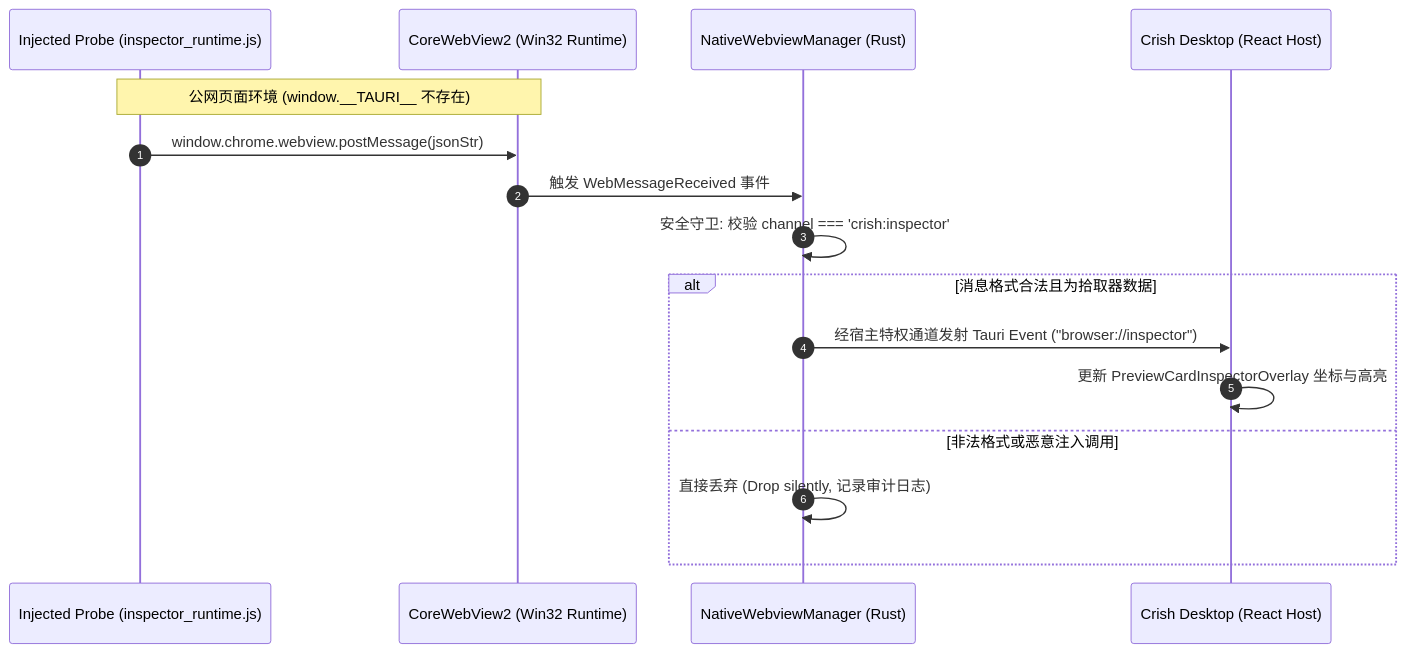
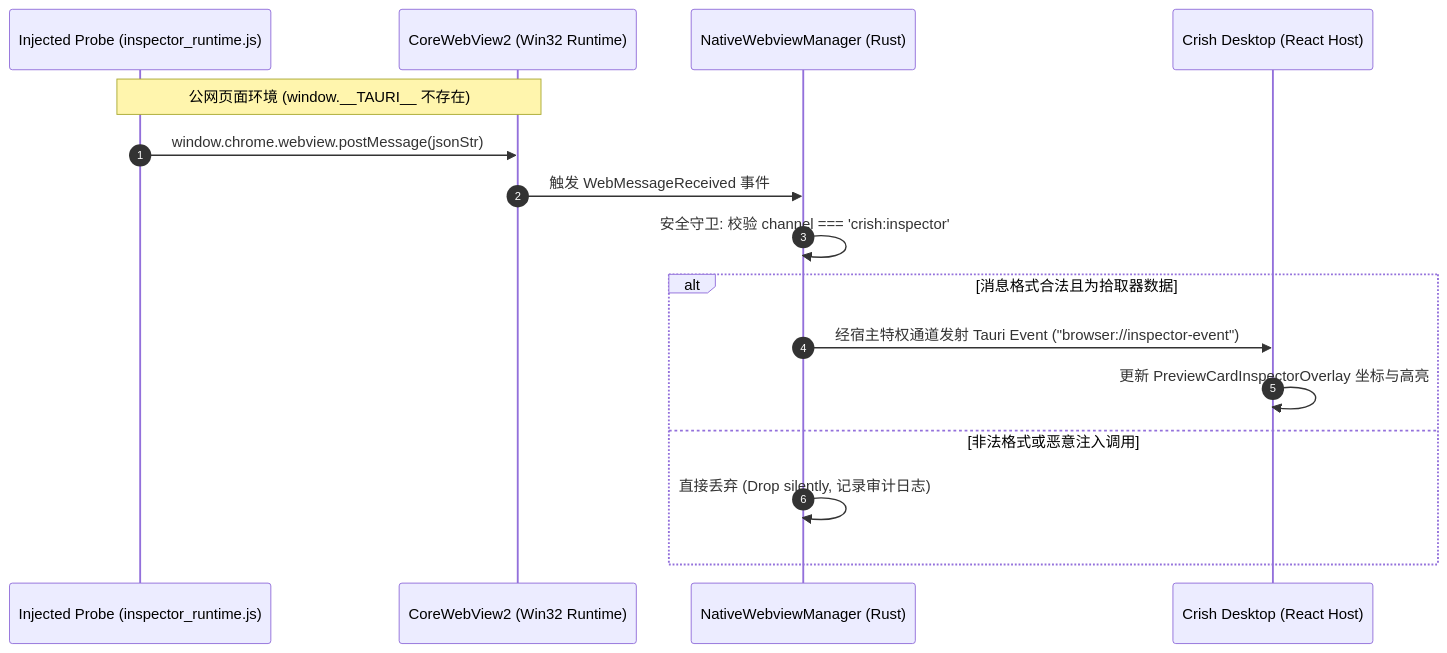
One commit to atobelix/crish changed the first of 2 diagrams in docs/native-browser-overhaul/04-分维-DOM原生拾取与AI协同能力演进.md. Above: the diagram before and after it, drawn with Mermaid. The commit also changed 70 other files, not shown here.

First line of the commit message:
feat(browser): land native browser surface and DOM inspector pipeline [BATCH-NATIVE-BROWSER]

````diff
--- a/docs/native-browser-overhaul/04-分维-DOM原生拾取与AI协同能力演进.md
+++ b/docs/native-browser-overhaul/04-分维-DOM原生拾取与AI协同能力演进.md
@@ -264,19 +264,19 @@
 ```mermaid
 sequenceDiagram
     autonumber
     participant Probe as Injected Probe (inspector_runtime.js)
     participant Core as CoreWebView2 (Win32 Runtime)
     participant Manager as NativeWebviewManager (Rust)
     participant UI as Crish Desktop (React Host)
 
     Note over Probe,Core: 公网页面环境 (window.__TAURI__ 不存在)
     Probe->>Core: window.chrome.webview.postMessage(jsonStr)
     Core->>Manager: 触发 WebMessageReceived 事件
     Manager->>Manager: 安全守卫: 校验 channel === 'crish:inspector'
     alt 消息格式合法且为拾取器数据
-        Manager->>UI: 经宿主特权通道发射 Tauri Event ("browser://inspector")
+        Manager->>UI: 经宿主特权通道发射 Tauri Event ("browser://inspector-event")
         UI->>UI: 更新 PreviewCardInspectorOverlay 坐标与高亮
     else 非法格式或恶意注入调用
         Manager->>Manager: 直接丢弃 (Drop silently, 记录审计日志)
     end
 ```
````
